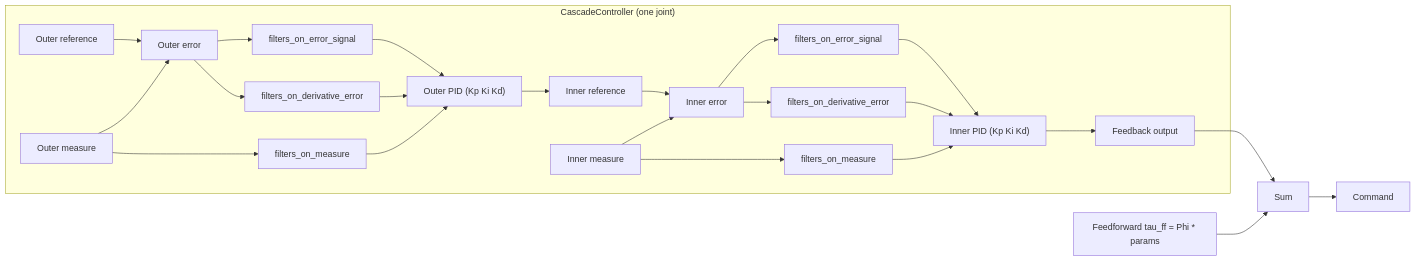
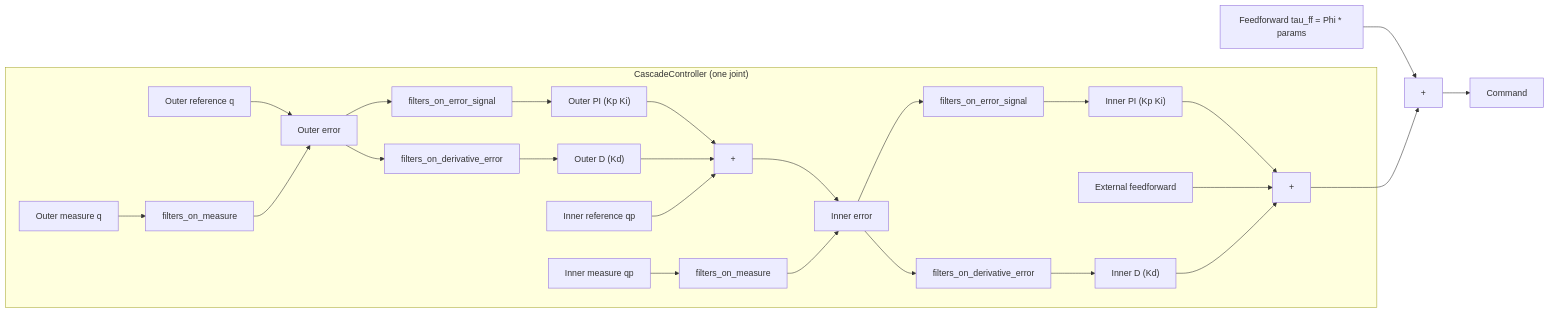
Before and after one commit to JRL-CARI-CNR-UNIBS/labauto_control_library: the second of 2 diagrams in README.md, drawn with Mermaid.

Commit message:
Update flowchart in README with new references

````diff
--- a/README.md
+++ b/README.md
@@ -115,34 +115,36 @@
 ```mermaid
 flowchart LR
   subgraph J["CascadeController (one joint)"]
-    r_out["Outer reference"] --> e_out["Outer error"]
-    y_out["Outer measure"] --> e_out
-
+    r_out["Outer reference q"] --> e_out["Outer error"]
+    
     e_out --> Fes["filters_on_error_signal"]
-    y_out --> Fm["filters_on_measure"]
+    y_out["Outer measure q"] --> Fm["filters_on_measure"]
     e_out --> Fde["filters_on_derivative_error"]
 
-    Fes --> PIDo["Outer PID (Kp Ki Kd)"]
-    Fm  --> PIDo
-    Fde --> PIDo
+    Fes --> PIo["Outer PI (Kp Ki)"]
+    Fm  --> e_out
+    Fde --> Do["Outer D (Kd)"]
 
-    PIDo --> r_in["Inner reference"]
+    PIo --> sum1["+"]
+    Do --> sum1["+"]
+    r_in["Inner reference qp"] --> sum1
 
-    r_in --> e_in["Inner error"]
-    y_in["Inner measure"] --> e_in
-
+    sum1 --> e_in["Inner error"]
+    
     e_in --> Fes2["filters_on_error_signal"]
-    y_in --> Fm2["filters_on_measure"]
+    y_in["Inner measure qp"] --> Fm2["filters_on_measure"]
     e_in --> Fde2["filters_on_derivative_error"]
 
-    Fes2 --> PIDi["Inner PID (Kp Ki Kd)"]
-    Fm2  --> PIDi
-    Fde2 --> PIDi
+    Fes2 --> PIi["Inner PI (Kp Ki)"]
+    Fm2  --> e_in
+    Fde2 --> Di["Inner D (Kd)"]
 
-    PIDi --> u_fb["Feedback output"]
+    PIi --> sum2
+    ext_ffw["External feedforward"] --> sum2["+"]
+    Di --> sum2
   end
 
   u_ff["Feedforward tau_ff = Phi * params"] --> sum["Sum"]
-  u_fb --> sum
+  sum2 --> sum["+"]
   sum --> u_cmd["Command"]
 ```
````
